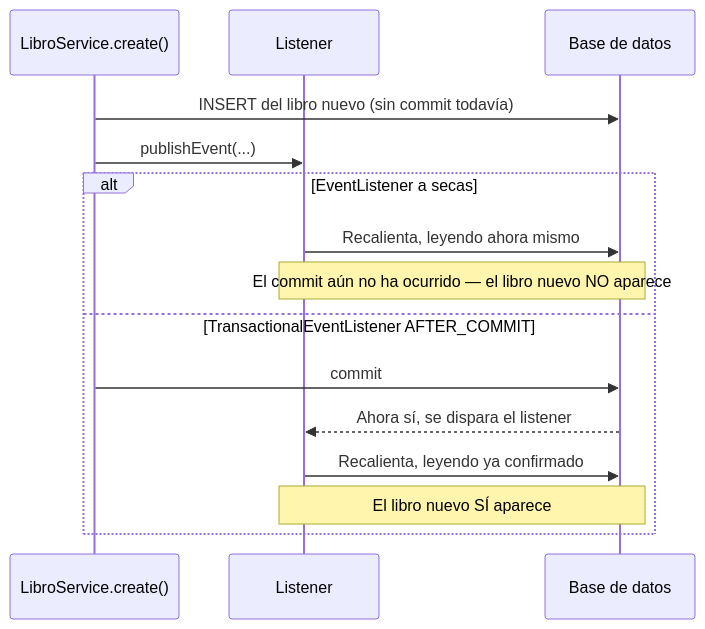
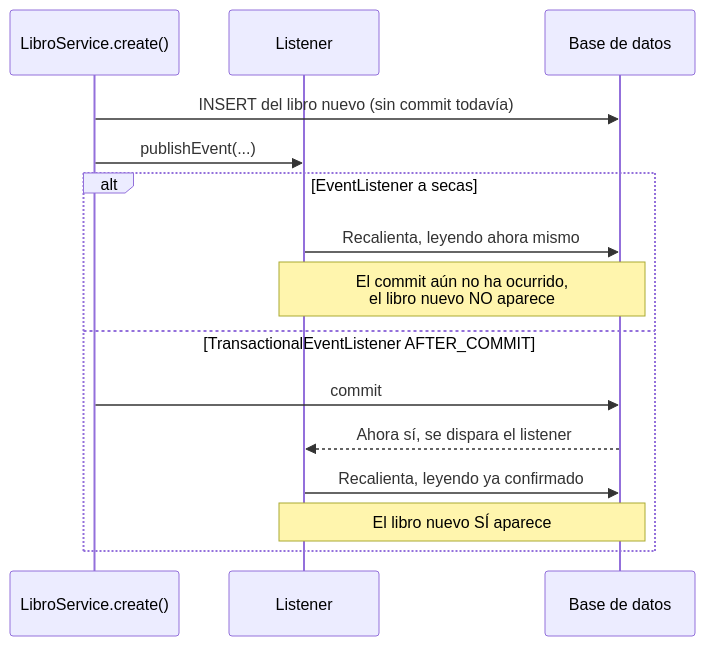
Before and after one commit to aitorventura/programacion-servicios-procesos: the third of 3 diagrams in docs/tema3/listeners-asincronos.md, drawn with Mermaid. The commit also changed other lines of this file and 4 other files, not shown here.

````diff
--- a/docs/tema3/listeners-asincronos.md
+++ b/docs/tema3/listeners-asincronos.md
@@ -31,18 +54,18 @@
 ```mermaid
 sequenceDiagram
     participant S as LibroService.create()
     participant L as Listener
     participant DB as Base de datos
 
     S->>DB: INSERT del libro nuevo (sin commit todavía)
     S->>L: publishEvent(...)
     alt EventListener a secas
         L->>DB: Recalienta, leyendo ahora mismo
-        Note over L,DB: El commit aún no ha ocurrido — el libro nuevo NO aparece
+        Note over L,DB: El commit aún no ha ocurrido,<br/>el libro nuevo NO aparece
     else TransactionalEventListener AFTER_COMMIT
         S->>DB: commit
         DB-->>L: Ahora sí, se dispara el listener
         L->>DB: Recalienta, leyendo ya confirmado
         Note over L,DB: El libro nuevo SÍ aparece
     end
 ```
````
